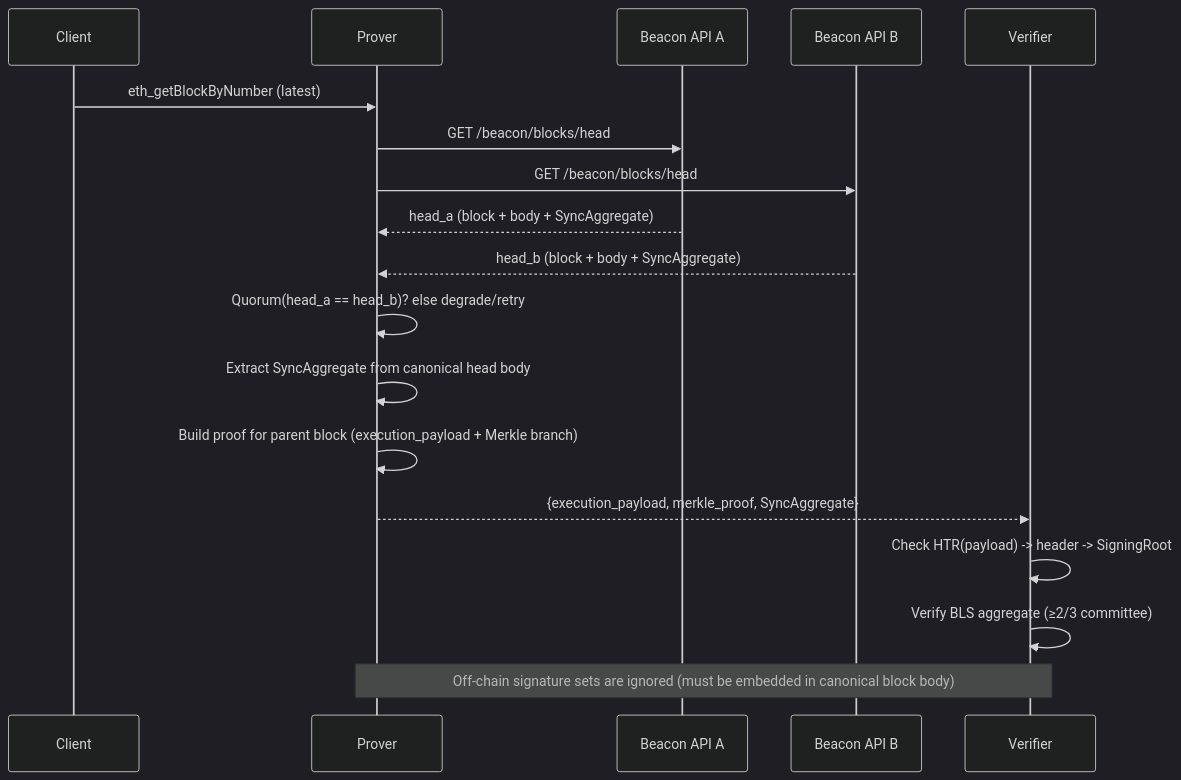
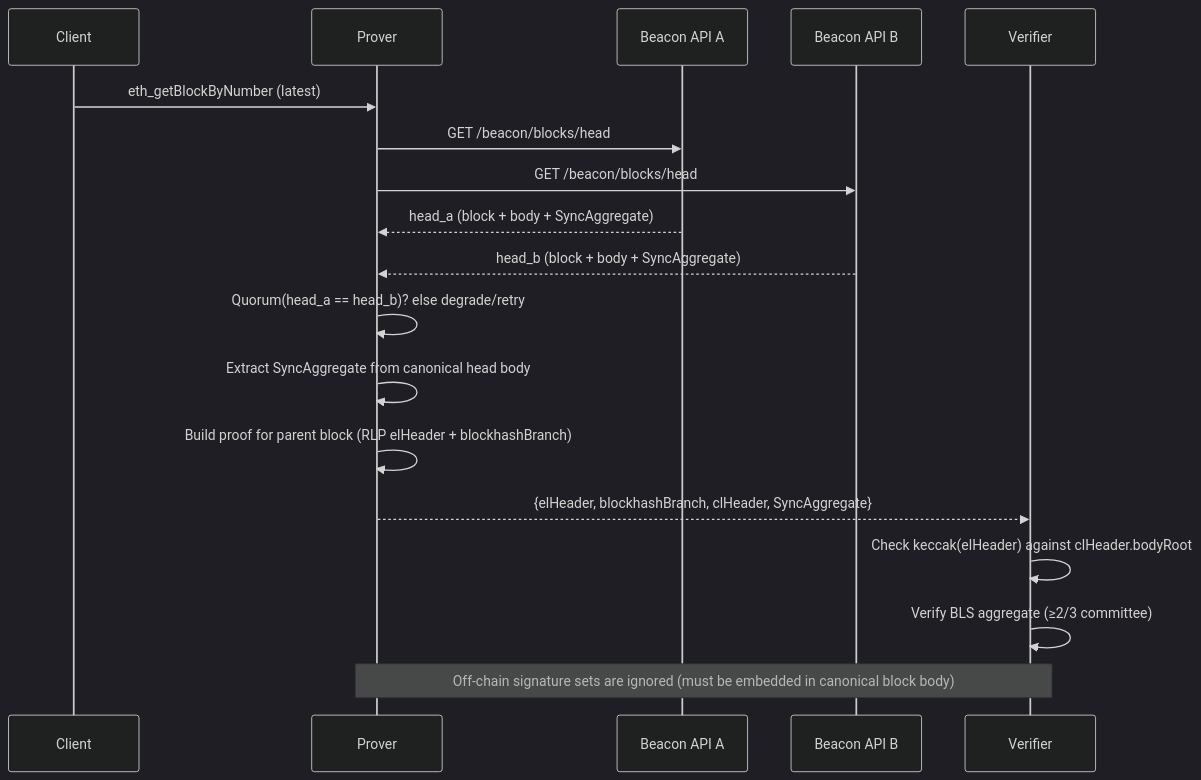
The diagram in src/chains/eth/threat_model.md (corpus-core/colibri-stateless), drawn with Mermaid (dark theme) before and after one commit. The commit also changed other lines of this file and 24 other files, not shown here.

First line of the commit message:
feat(eth): reserve witnessProof on the block-proof union

````diff
--- a/src/chains/eth/threat_model.md
+++ b/src/chains/eth/threat_model.md
@@ -272,21 +272,21 @@
 ```mermaid
 sequenceDiagram
     participant Client
     participant Prover
     participant BeaconA as Beacon API A
     participant BeaconB as Beacon API B
     participant Verifier
 
     Client->>Prover: eth_getBlockByNumber (latest)
     Prover->>BeaconA: GET /beacon/blocks/head
     Prover->>BeaconB: GET /beacon/blocks/head
     BeaconA-->>Prover: head_a (block + body + SyncAggregate)
     BeaconB-->>Prover: head_b (block + body + SyncAggregate)
     Prover->>Prover: Quorum(head_a == head_b)? else degrade/retry
     Prover->>Prover: Extract SyncAggregate from canonical head body
-    Prover->>Prover: Build proof for parent block (execution_payload + Merkle branch)
-    Prover-->>Verifier: {execution_payload, merkle_proof, SyncAggregate}
-    Verifier->>Verifier: Check HTR(payload) -> header -> SigningRoot
+    Prover->>Prover: Build proof for parent block (RLP elHeader + blockhashBranch)
+    Prover-->>Verifier: {elHeader, blockhashBranch, clHeader, SyncAggregate}
+    Verifier->>Verifier: Check keccak(elHeader) against clHeader.bodyRoot
     Verifier->>Verifier: Verify BLS aggregate (≥2/3 committee)
     Note over Verifier,Prover: Off-chain signature sets are ignored (must be embedded in canonical block body)
 ```
````
